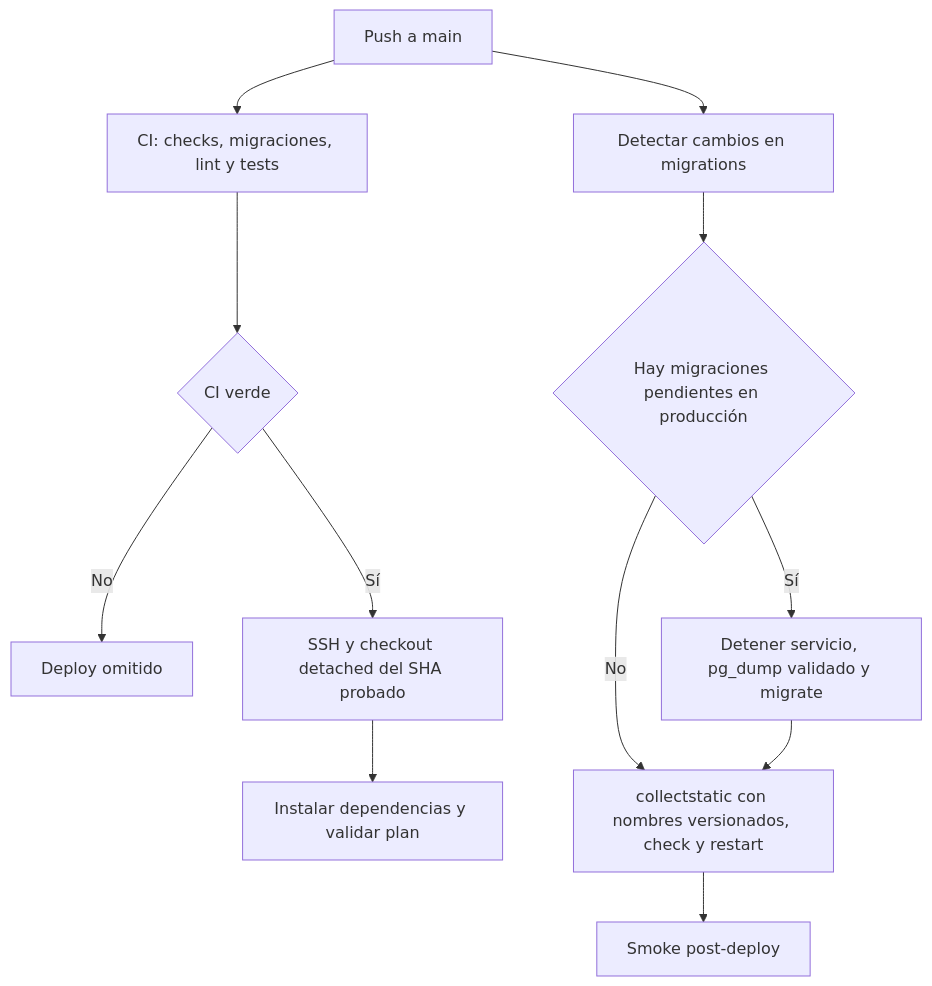
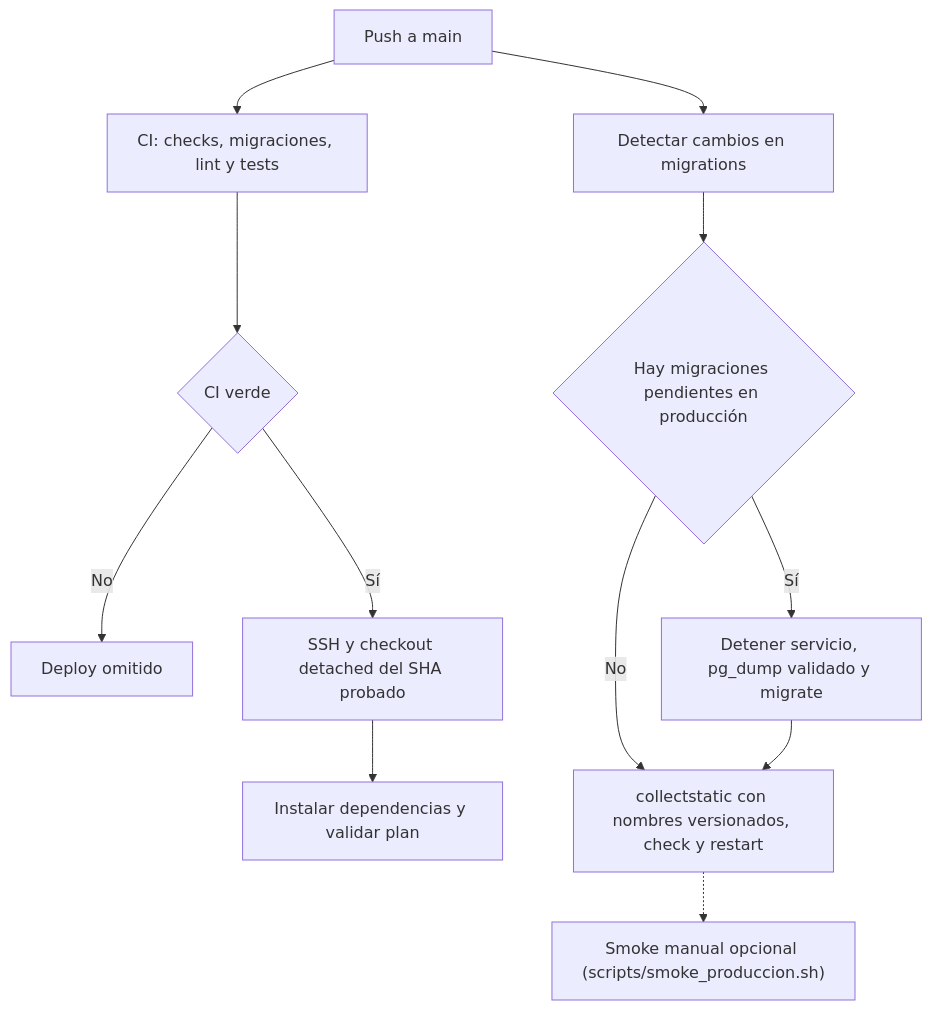
One commit to alvaroavx/avx-django-plataformaelemental changed the diagram in docs/operacion/DEPLOY.md. Above: the diagram before and after it, drawn with Mermaid. The commit also changed other lines of this file and 29 other files, not shown here.

````diff
--- a/docs/operacion/DEPLOY.md
+++ b/docs/operacion/DEPLOY.md
@@ -238,14 +241,14 @@
 ```mermaid
 flowchart TD
     A["Push a main"] --> B["CI: checks, migraciones, lint y tests"]
     A --> C["Detectar cambios en migrations"]
     B --> D{"CI verde"}
     C --> E{"Hay migraciones pendientes en producción"}
     D -- "No" --> X["Deploy omitido"]
     D -- "Sí" --> F["SSH y checkout detached del SHA probado"]
     F --> G["Instalar dependencias y validar plan"]
     E -- "Sí" --> M["Detener servicio, pg_dump validado y migrate"]
     E -- "No" --> H
     M --> H["collectstatic con nombres versionados, check y restart"]
-    H --> I["Smoke post-deploy"]
+    H -.-> I["Smoke manual opcional (scripts/smoke_produccion.sh)"]
 ```
````
